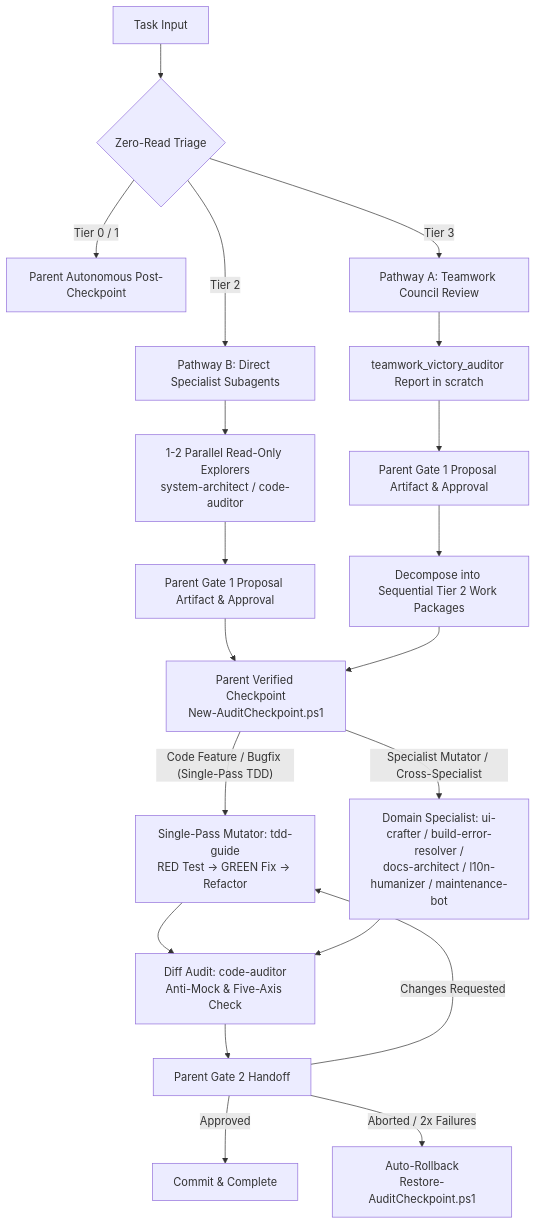
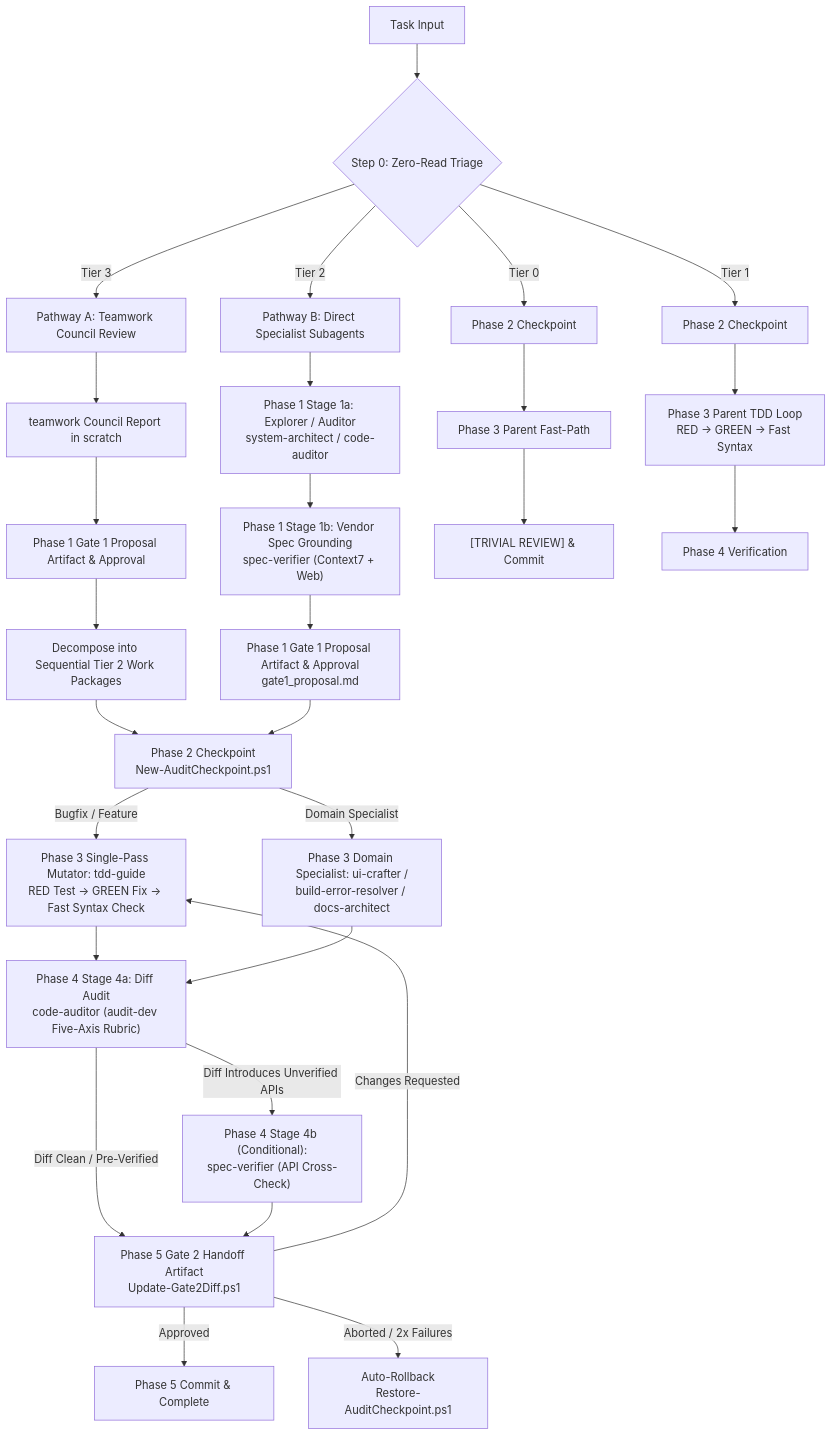
Before and after one commit to afif25fradana/everyday-agy: the diagram in config/skills/orchestrator/SKILL.md, drawn with Mermaid. The commit also changed other lines of this file and 30 other files, not shown here.

Commit message:
feat(orchestrator): decouple execution lifecycle from audit-dev rubric and codify duet pipeline (ADR-0028)

````diff
--- a/config/skills/orchestrator/SKILL.md
+++ b/config/skills/orchestrator/SKILL.md
@@ -70,26 +70,39 @@
 ```mermaid
 flowchart TD
-    Task["Task Input"] --> Triage{"Zero-Read Triage"}
-    Triage -->|"Tier 0 / 1"| ParentDirect["Parent Autonomous Post-Checkpoint"]
+    Task["Task Input"] --> Triage{"Step 0: Zero-Read Triage"}
+    Triage -->|"Tier 0"| CkptT0["Phase 2 Checkpoint"]
+    Triage -->|"Tier 1"| CkptT1["Phase 2 Checkpoint"]
     Triage -->|"Tier 2"| DirectSpecialists["Pathway B: Direct Specialist Subagents"]
     Triage -->|"Tier 3"| TeamworkCouncil["Pathway A: Teamwork Council Review"]
     
-    DirectSpecialists --> S1["1-2 Parallel Read-Only Explorers<br/>system-architect / code-auditor"]
-    S1 --> Gate1["Parent Gate 1 Proposal Artifact & Approval"]
-    Gate1 --> Ckpt["Parent Verified Checkpoint<br/>New-AuditCheckpoint.ps1"]
+    DirectSpecialists --> S1a["Phase 1 Stage 1a: Explorer / Auditor<br/>system-architect / code-auditor"]
+    S1a --> S1b["Phase 1 Stage 1b: Vendor Spec Grounding<br/>spec-verifier (Context7 + Web)"]
+    S1b --> Gate1["Phase 1 Gate 1 Proposal Artifact & Approval<br/>gate1_proposal.md"]
     
-    TeamworkCouncil --> TCReport["teamwork_victory_auditor Report in scratch"]
-    TCReport --> Gate1TC["Parent Gate 1 Proposal Artifact & Approval"]
+    TeamworkCouncil --> TCReport["teamwork Council Report in scratch"]
+    TCReport --> Gate1TC["Phase 1 Gate 1 Proposal Artifact & Approval"]
     Gate1TC --> T3Exec["Decompose into Sequential Tier 2 Work Packages"]
-    T3Exec --> Ckpt
+    T3Exec --> CkptT2
     
-    Ckpt -->|"Code Feature / Bugfix (Single-Pass TDD)"| S2["Single-Pass Mutator: tdd-guide<br/>RED Test -> GREEN Fix -> Refactor"]
-    Ckpt -->|"Specialist Mutator / Cross-Specialist"| S3["Domain Specialist: ui-crafter / build-error-resolver /<br/>docs-architect / l10n-humanizer / maintenance-bot"]
-    S2 --> S4["Diff Audit: code-auditor<br/>Anti-Mock & Five-Axis Check"]
+    Gate1 --> CkptT2["Phase 2 Checkpoint<br/>New-AuditCheckpoint.ps1"]
+    
+    CkptT0 --> T0Exec["Phase 3 Parent Fast-Path"]
+    T0Exec --> T0Review["[TRIVIAL REVIEW] & Commit"]
+    
+    CkptT1 --> T1Exec["Phase 3 Parent TDD Loop<br/>RED -> GREEN -> Fast Syntax"]
+    T1Exec --> P4Local["Phase 4 Verification"]
+    
+    CkptT2 -->|"Bugfix / Feature"| S2["Phase 3 Single-Pass Mutator: tdd-guide<br/>RED Test -> GREEN Fix -> Fast Syntax Check"]
+    CkptT2 -->|"Domain Specialist"| S3["Phase 3 Domain Specialist: ui-crafter /<br/>build-error-resolver / docs-architect"]
+    
+    S2 --> S4["Phase 4 Stage 4a: Diff Audit<br/>code-auditor (audit-dev Five-Axis Rubric)"]
     S3 --> S4
     
-    Gate2 -->|"Approved"| CommitDone["Commit & Complete"]
+    S4 -->|"Diff Introduces Unverified APIs"| S4b["Phase 4 Stage 4b (Conditional):<br/>spec-verifier (API Cross-Check)"]
+    S4 -->|"Diff Clean / Pre-Verified"| Gate2["Phase 5 Gate 2 Handoff Artifact<br/>Update-Gate2Diff.ps1"]
+    S4b --> Gate2
+    
+    Gate2 -->|"Approved"| CommitDone["Phase 5 Commit & Complete"]
     Gate2 -->|"Changes Requested"| S2
     Gate2 -->|"Aborted / 2x Failures"| Rollback["Auto-Rollback<br/>Restore-AuditCheckpoint.ps1"]
-    S4 --> Gate2["Parent Gate 2 Handoff"]
 ```
````
